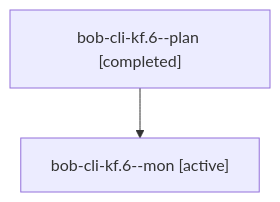
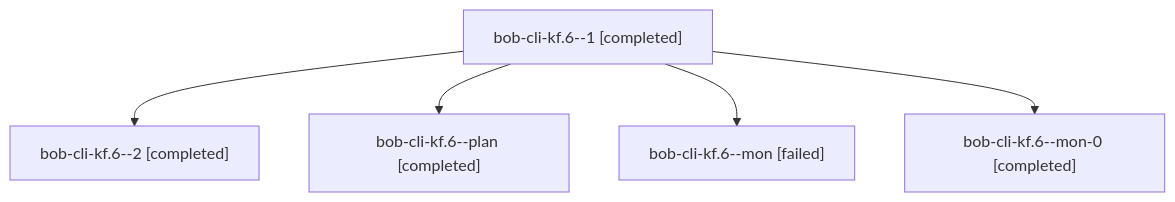
Before and after one commit to bobs-org/bob-cli--agents: the diagram in sessions/bbugyi200.athena.bob-cli-kf.6.md, drawn with Mermaid. The commit also changed other lines of this file and 38 other files, not shown here.

````diff
--- a/sessions/bbugyi200.athena.bob-cli-kf.6.md
+++ b/sessions/bbugyi200.athena.bob-cli-kf.6.md
@@ -9,6 +9,12 @@
 ```mermaid
 flowchart TD
-  n0["bob-cli-kf.6--plan [completed]"]
-  n1["bob-cli-kf.6--mon [active]"]
+  n0["bob-cli-kf.6--1 [completed]"]
+  n1["bob-cli-kf.6--2 [completed]"]
   n0 --> n1
+  n2["bob-cli-kf.6--plan [completed]"]
+  n0 --> n2
+  n3["bob-cli-kf.6--mon [failed]"]
+  n0 --> n3
+  n4["bob-cli-kf.6--mon-0 [completed]"]
+  n0 --> n4
 ```
````
